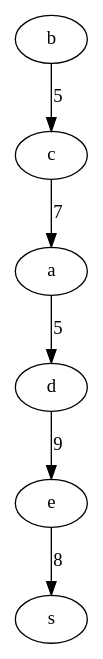
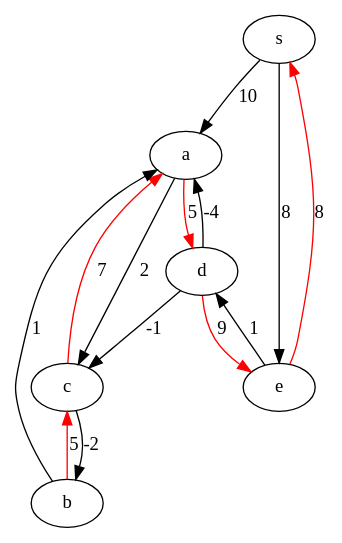
One commit to jacoblammert/Algorithms_and_Datastructure changed the diagram in Ass3/afterBellmanFord.dot. Above: the diagram before and after it, drawn with Graphviz. The commit also changed 11 other files, not shown here.

Commit message:
Added a few comments, cleaned up, added colored connections to display the minimum spanning graph

```diff
--- a/Ass3/afterBellmanFord.dot
+++ b/Ass3/afterBellmanFord.dot
@@ -1,7 +1,15 @@
-strict digraph {
- a->d[label = "5",weight="5"];
- b->c[label = "5",weight="5"];
- c->a[label = "7",weight="7"];
- d->e[label = "9",weight="9"];
- e->s[label = "8",weight="8"];
- }
+digraph {
+s->a[label = "10",weight="10"];
+s->e[label = "8",weight="8"];
+a->c[label = "2",weight="2"];
+b->a[label = "1",weight="1"];
+c->b[label = "-2",weight="-2"];
+d->a[label = "-4",weight="-4"];
+d->c[label = "-1",weight="-1"];
+e->d[label = "1",weight="1"];
+a->d[label = "5",weight="5" color = "red"];
+b->c[label = "5",weight="5" color = "red"];
+c->a[label = "7",weight="7" color = "red"];
+d->e[label = "9",weight="9" color = "red"];
+e->s[label = "8",weight="8" color = "red"];
+}
```
